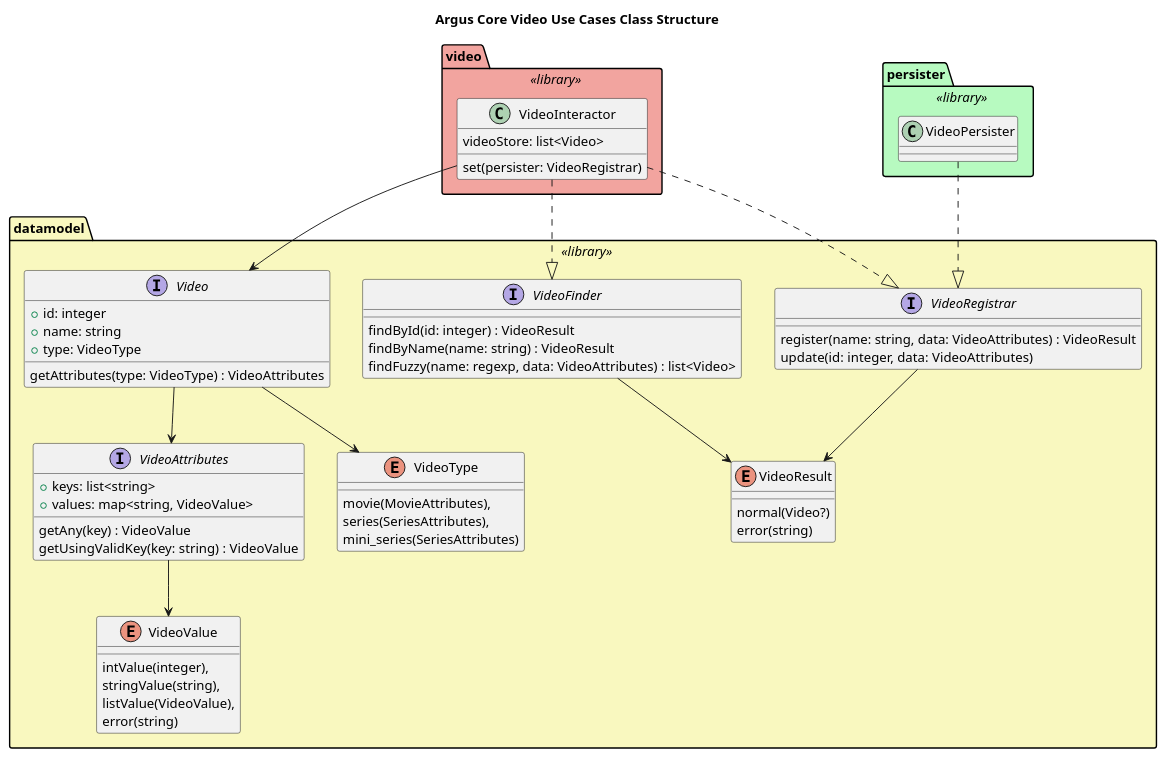
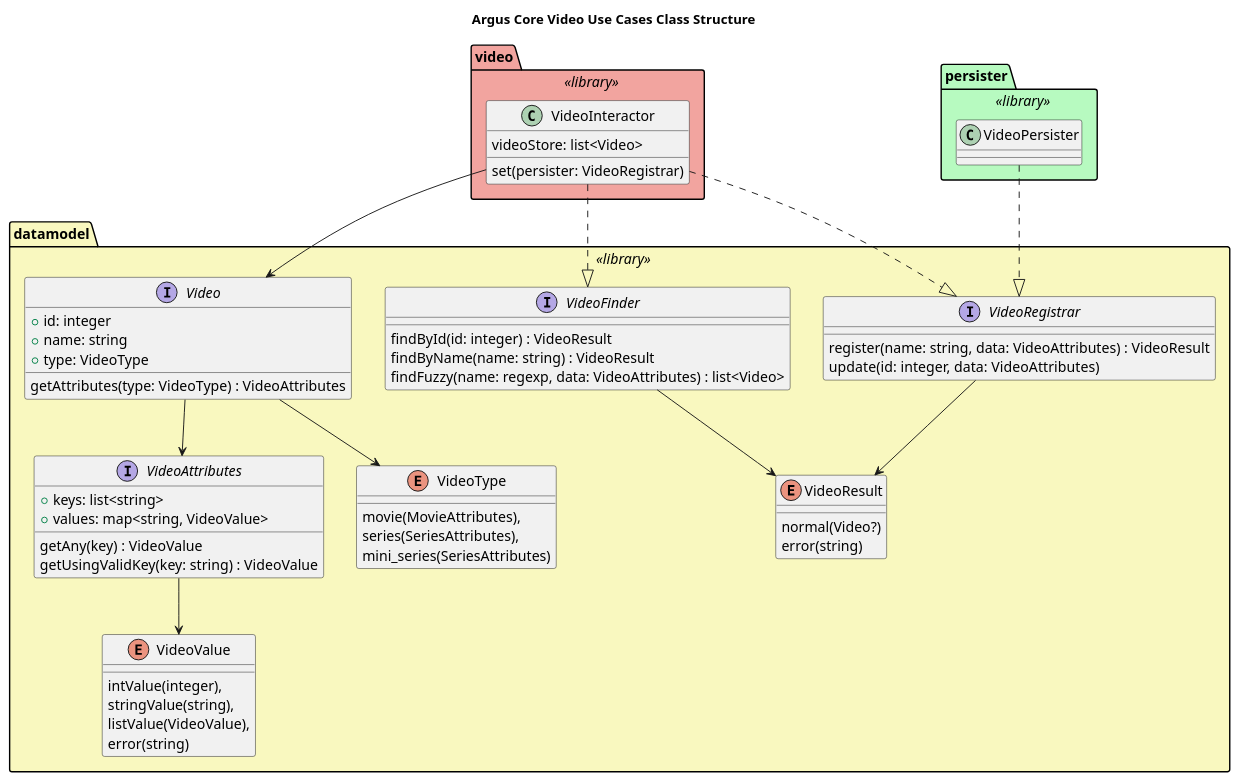
Before and after one commit to pajato/ArgusDesign: the second of 2 diagrams in notes.org, drawn with PlantUML. The commit also changed 1 other file, not shown here.

Commit message:
Increase the class diagram font size.

```diff
--- a/notes.org
+++ b/notes.org
@@ -71,76 +71,77 @@
 #+begin_src plantuml :file videoUseCasesClassStructure.png
 title Argus Core Video Use Cases Class Structure
 
 package datamodel <<library>> #F9F8BF {
 
   enum VideoType {
     movie(MovieAttributes),
     series(SeriesAttributes),
     mini_series(SeriesAttributes)
   }
 
   enum VideoValue {
     intValue(integer),
     stringValue(string),
     listValue(VideoValue),
     error(string)
   }
 
   enum VideoResult {
     normal(Video?)
     error(string)
   }
 
   interface VideoAttributes {
     + keys: list<string>
     + values: map<string, VideoValue>
     getAny(key) : VideoValue
     getUsingValidKey(key: string) : VideoValue
   }
 
   interface VideoFinder {
     findById(id: integer) : VideoResult
     findByName(name: string) : VideoResult
     findFuzzy(name: regexp, data: VideoAttributes) : list<Video>
   }
 
   interface VideoRegistrar {
     register(name: string, data: VideoAttributes) : VideoResult
     update(id: integer, data: VideoAttributes)
   }
 
   interface Video {
     + id: integer
     + name: string
     + type: VideoType
     getAttributes(type: VideoType) : VideoAttributes
   }
 
   VideoAttributes --> VideoValue
   Video --> VideoType
   Video --> VideoAttributes
   VideoFinder --> VideoResult
   VideoRegistrar --> VideoResult
 
 }
 
 package video <<library>> #F2A49F {
 
   class VideoInteractor {
     videoStore: list<Video>
     set(persister: VideoRegistrar)
   }
 
 }
 
 package persister <<library>> #B7FAC0 {
   class VideoPersister
 }
 
 VideoPersister ..|> VideoRegistrar
 VideoInteractor ..|> VideoRegistrar
 VideoInteractor ..|> VideoFinder
 VideoInteractor --> Video
 
+skinparam defaultFontSize 15
 
 #+end_src
```
